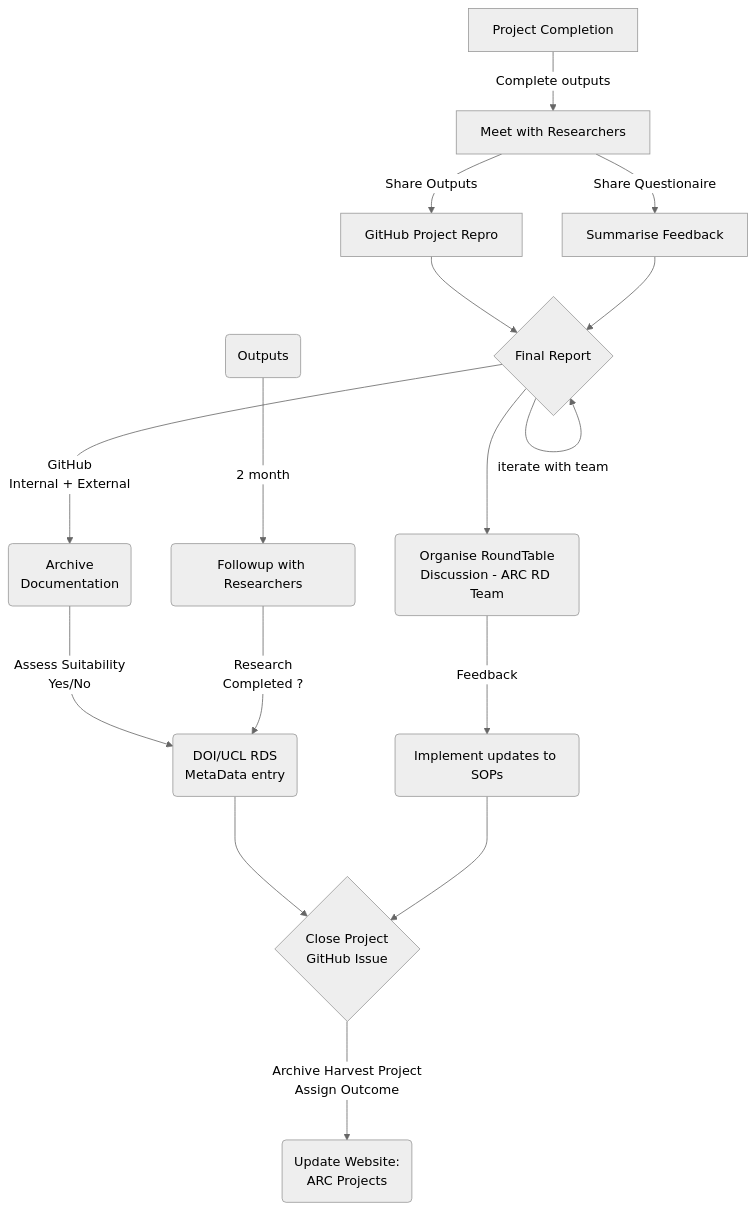
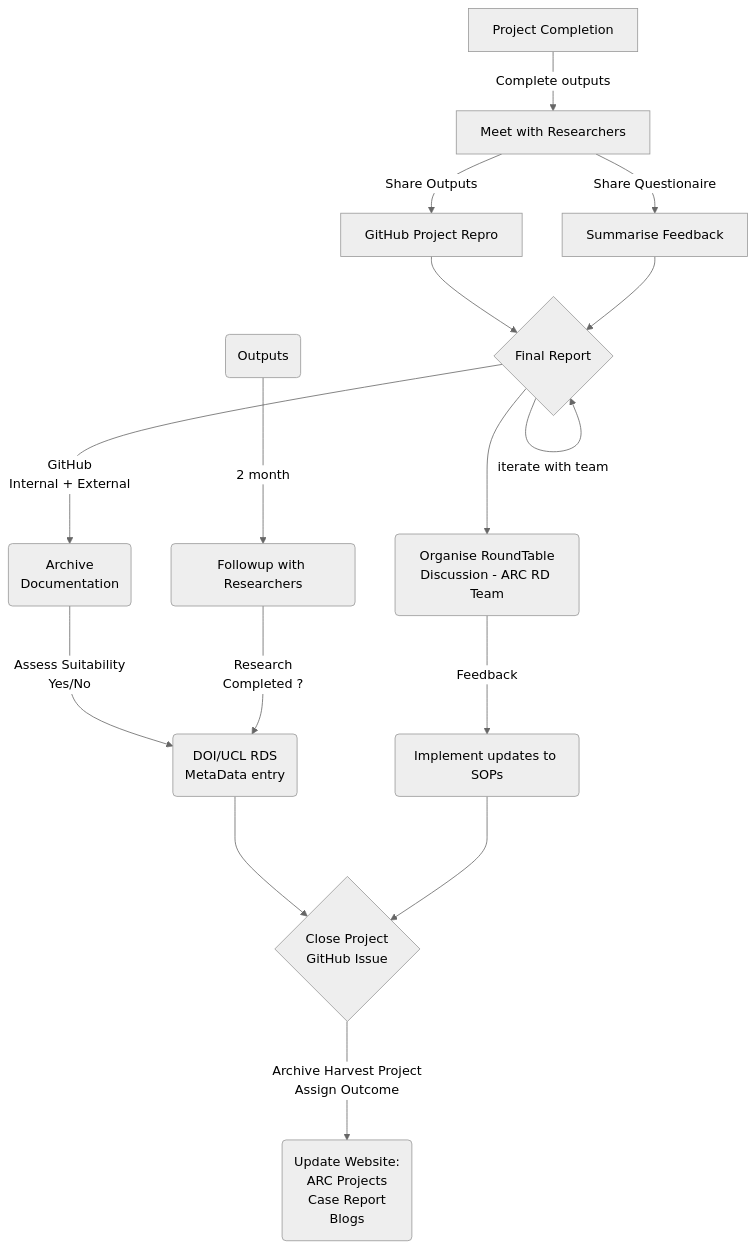
One commit to nicholas-owen/sandbox changed the diagram in SOP001.md. Above: the diagram before and after it, drawn with Mermaid (neutral theme).

````diff
--- a/SOP001.md
+++ b/SOP001.md
@@ -70,33 +70,33 @@
 ```mermaid
 flowchart TD
 
     A[Project Completion] -->|Complete outputs| C[Meet with Researchers]
 
     C -->|Share Outputs| D[GitHub Project Repro]
 
     C -->|Share Questionaire| E[Summarise Feedback]
 
     D --> F{Final Report}
 
     E --> F
 
     F ---> |iterate with team|F
 
     F ---> G(Organise RoundTable<br>Discussion - ARC RD Team)
 
     F ---> |GitHub<br>Internal + External| H(Archive<br> Documentation)
 
     H ---> |Assess Suitability<br>Yes/No| I(DOI/UCL RDS<br> MetaData entry)
 
     G ---> |Feedback| J(Implement updates to SOPs)
 
     I ---> K{Close Project<br>GitHub Issue}
 
     J ---> K
 
     L(Outputs) ---> |2 month| M(Followup with Researchers)
 
     M ---> |Research<br>Completed ?|I
 
-	K --->|Archive Harvest Project<br>Assign Outcome| N(Update Website:<br>ARC Projects)
+	K --->|Archive Harvest Project<br>Assign Outcome| N(Update Website:<br>ARC Projects<br>Case Report<br>Blogs)
 ```
````
